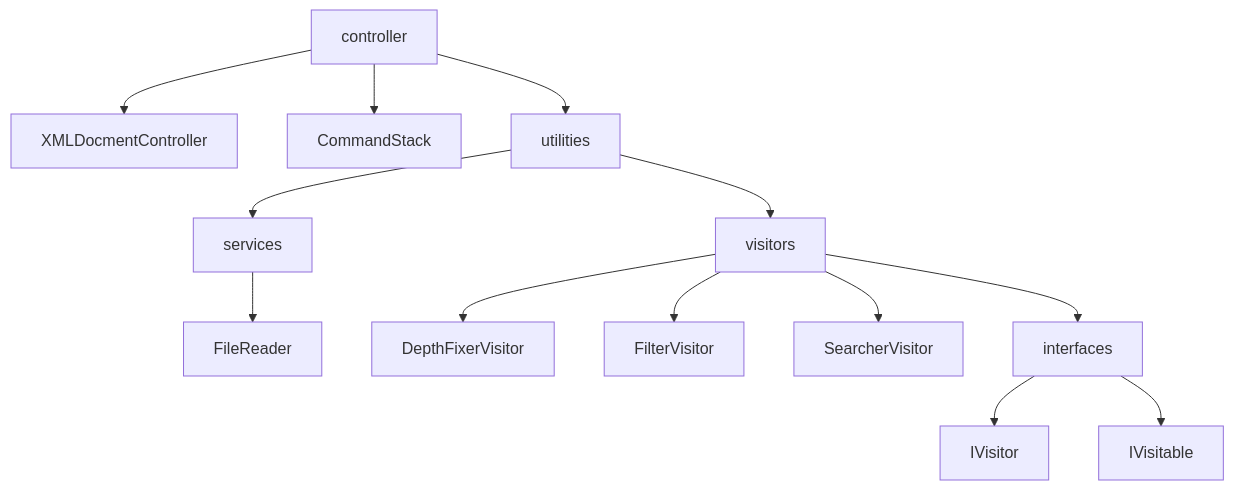
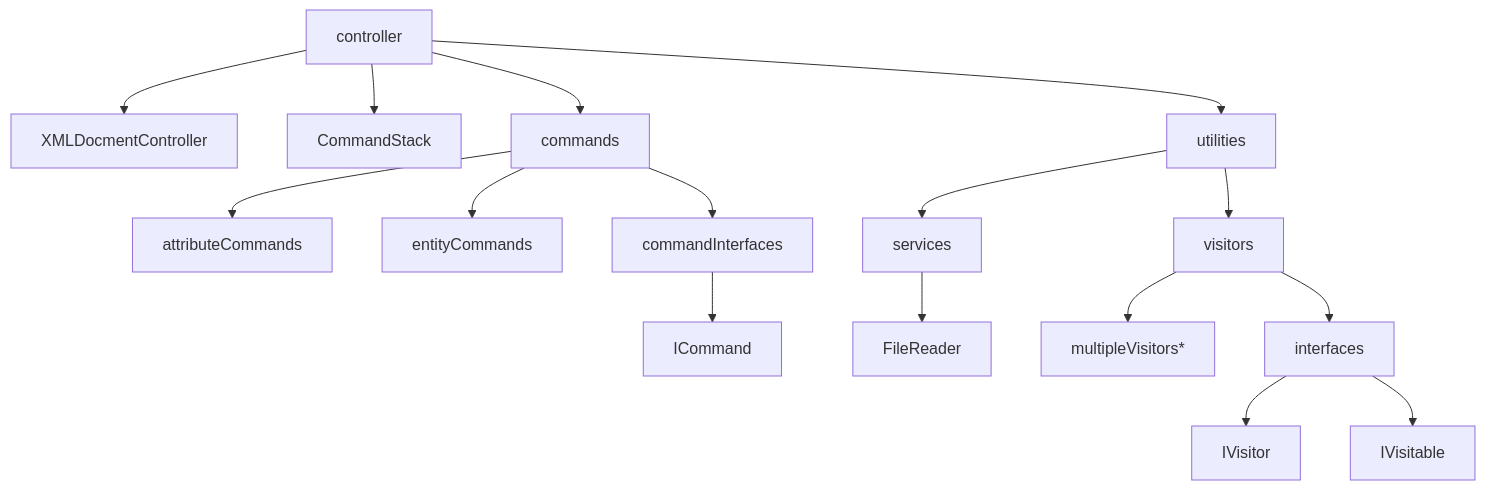
The second of 8 diagrams in README.md (JoaoAlmeida-dev/XML-Generator-API-AdvancedProgramming), drawn with Mermaid before and after one commit. The commit also changed other lines of this file and 38 other files, not shown here.

Commit message:
separated COmmands from CommandMenuItems

````diff
--- a/README.md
+++ b/README.md
@@ -62,19 +63,23 @@
 ```mermaid
 graph TD;
 
    controller --> XMLDocmentController
    controller --> CommandStack
    controller --> utilities
    
+   controller --> commands
+   commands --> attributeCommands
+   commands --> entityCommands
+   commands --> commandInterfaces --> ICommand
+   
+   
    utilities --> services
    services --> FileReader
    
    utilities --> visitors
-   visitors --> DepthFixerVisitor
-   visitors --> FilterVisitor
-   visitors --> SearcherVisitor
    
+   visitors --> multipleVisitors*
    visitors --> interfaces
    interfaces --> IVisitor
    interfaces --> IVisitable   
 ```
````
